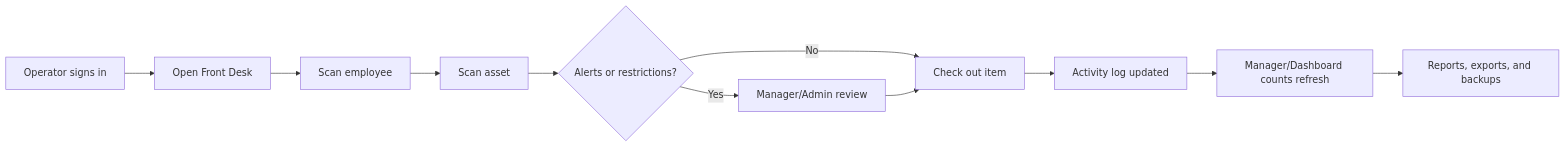
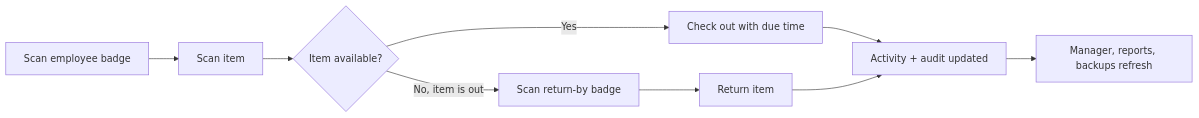
The diagram in README.md (rice2k/macys-ap-accountability-system), drawn with Mermaid before and after one commit. The commit also changed other lines of this file and 39 other files, not shown here.

````diff
--- a/README.md
+++ b/README.md
@@ -156,13 +123,11 @@
 ```mermaid
 flowchart LR
-    A["Operator signs in"] --> B["Open Front Desk"]
-    B --> C["Scan employee"]
-    C --> D["Scan asset"]
-    D --> E{"Alerts or restrictions?"}
-    E -->|No| F["Check out item"]
-    E -->|Yes| G["Manager/Admin review"]
-    G --> F
-    F --> H["Activity log updated"]
-    H --> I["Manager/Dashboard counts refresh"]
-    I --> J["Reports, exports, and backups"]
+    A["Scan employee badge"] --> B["Scan item"]
+    B --> C{"Item available?"}
+    C -->|Yes| D["Check out with due time"]
+    C -->|No, item is out| E["Scan return-by badge"]
+    E --> F["Return item"]
+    D --> G["Activity + audit updated"]
+    F --> G
+    G --> H["Manager, reports, backups refresh"]
 ```
````
